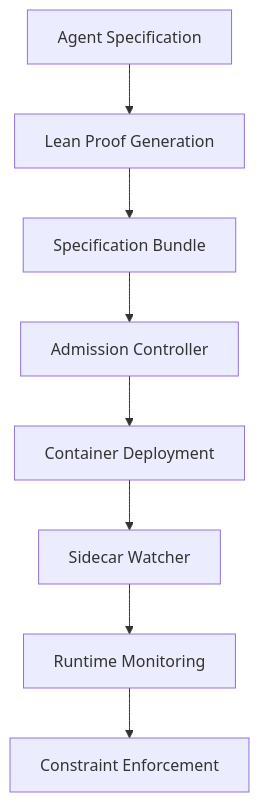
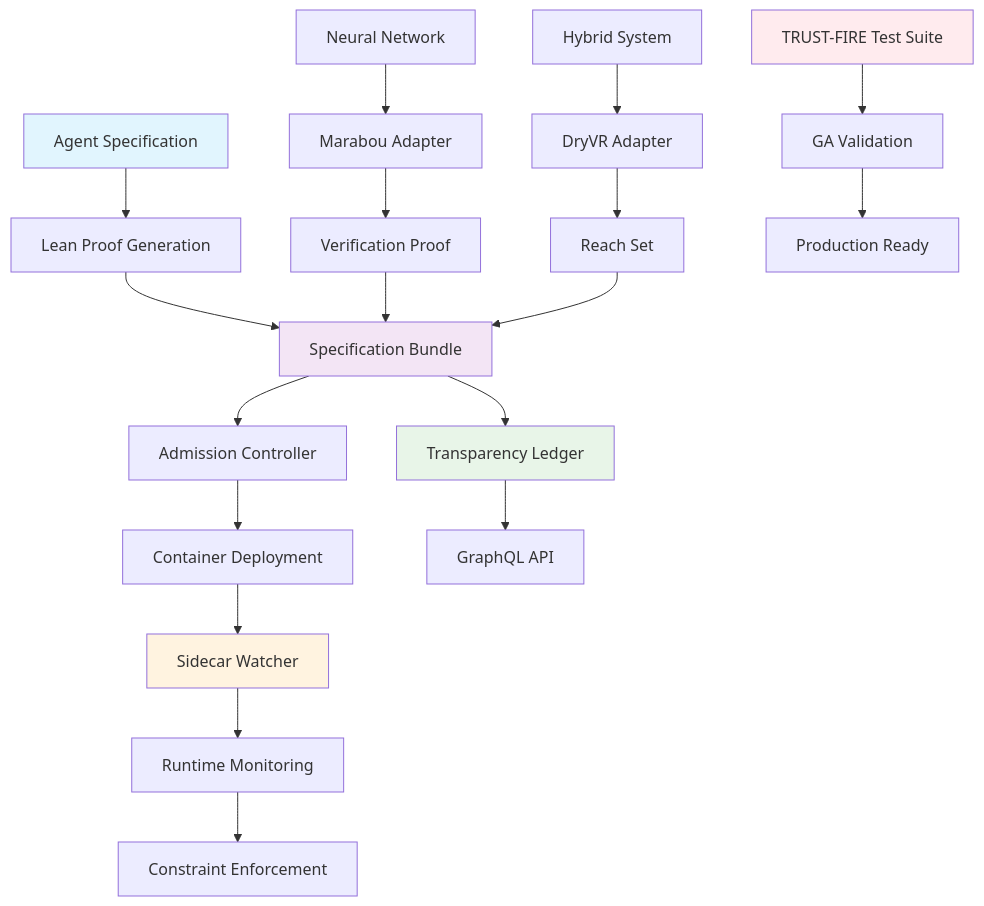
The diagram in README.md (SentinelOps-CI/provability-fabric), drawn with Mermaid before and after one commit. The commit also changed other lines of this file and 16 other files, not shown here.

````diff
--- a/README.md
+++ b/README.md
@@ -40,10 +37,30 @@
 ```mermaid
 flowchart TD
     A[Agent Specification] --> B[Lean Proof Generation]
     B --> C[Specification Bundle]
     C --> D[Admission Controller]
     D --> E[Container Deployment]
     E --> F[Sidecar Watcher]
     F --> G[Runtime Monitoring]
     G --> H[Constraint Enforcement]
+
+    I[Neural Network] --> J[Marabou Adapter]
+    J --> K[Verification Proof]
+    K --> C
+
+    L[Hybrid System] --> M[DryVR Adapter]
+    M --> N[Reach Set]
+    N --> C
+
+    C --> O[Transparency Ledger]
+    O --> P[GraphQL API]
+
+    Q[TRUST-FIRE Test Suite] --> R[GA Validation]
+    R --> S[Production Ready]
+
+    style A fill:#e1f5fe
+    style C fill:#f3e5f5
+    style F fill:#fff3e0
+    style O fill:#e8f5e8
+    style Q fill:#ffebee
 ```
````
